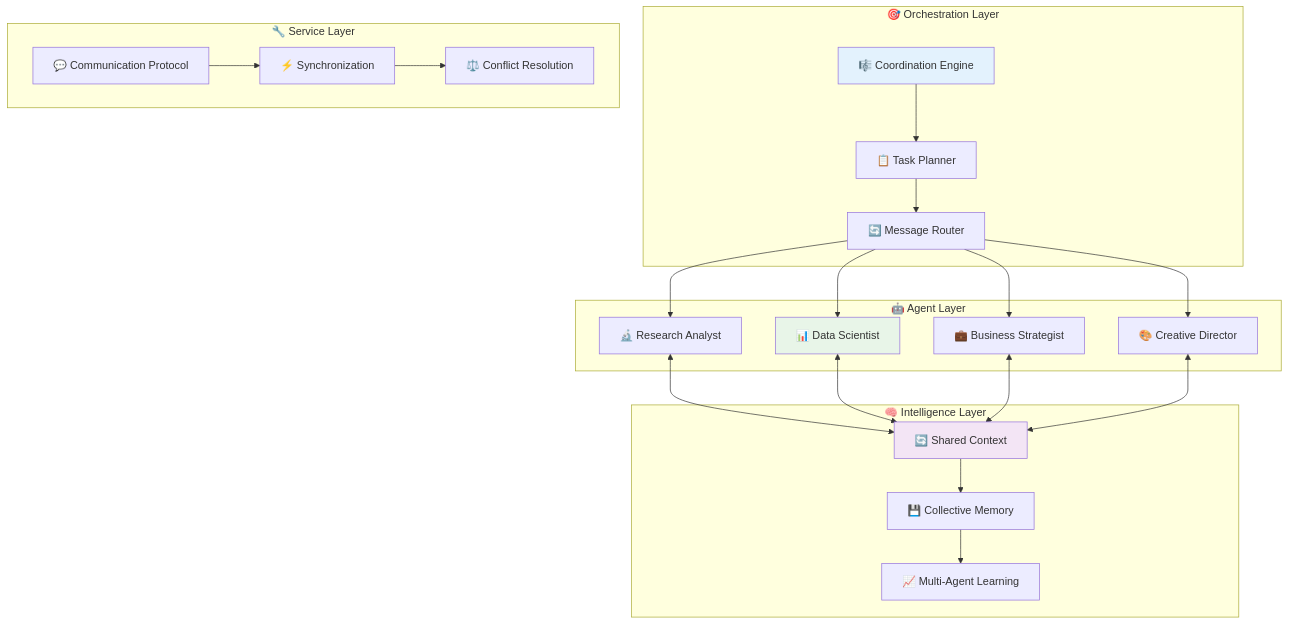
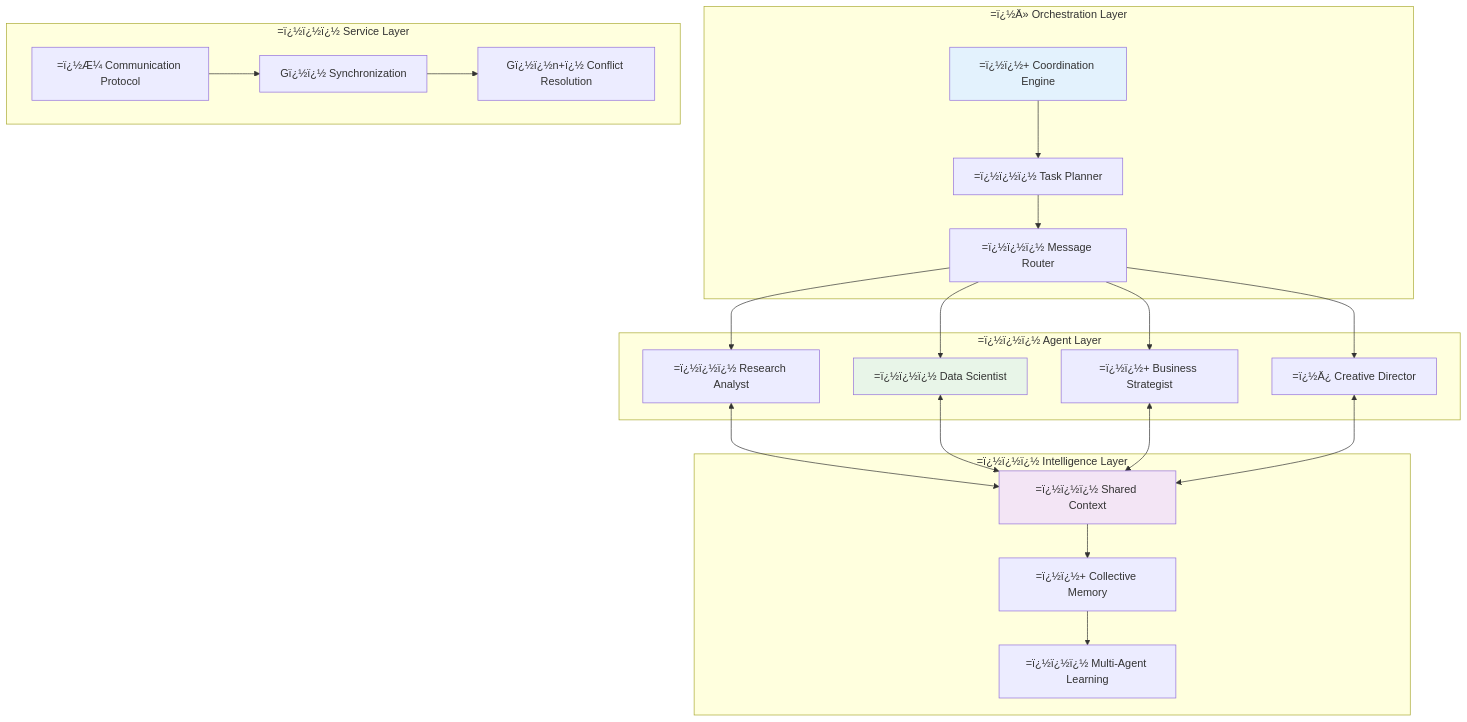
One commit to framersai/agentos-live-docs changed the seventh of 15 diagrams in packages/agentos/docs/ARCHITECTURE.md. Above: the diagram before and after it, drawn with Mermaid. The commit also changed other lines of this file and 47 other files, not shown here.

````diff
--- a/packages/agentos/docs/ARCHITECTURE.md
+++ b/packages/agentos/docs/ARCHITECTURE.md
@@ -994,49 +1002,49 @@
 ```mermaid
 graph TB
-    subgraph "🎯 Orchestration Layer"
-        COORD[🎼 Coordination Engine]
-        PLAN[📋 Task Planner]
-        ROUTE[🔄 Message Router]
+    subgraph "=ï¿½Ä» Orchestration Layer"
+        COORD[=ï¿½ï¿½+ Coordination Engine]
+        PLAN[=ï¿½ï¿½ï¿½ Task Planner]
+        ROUTE[=ï¿½ï¿½ï¿½ Message Router]
     end
     
-    subgraph "🤖 Agent Layer"
-        GMI1[🔬 Research Analyst]
-        GMI2[📊 Data Scientist]
-        GMI3[💼 Business Strategist]
-        GMI4[🎨 Creative Director]
+    subgraph "=ï¿½ï¿½ï¿½ Agent Layer"
+        GMI1[=ï¿½ï¿½ï¿½ Research Analyst]
+        GMI2[=ï¿½ï¿½ï¿½ Data Scientist]
+        GMI3[=ï¿½ï¿½+ Business Strategist]
+        GMI4[=ï¿½Ä¿ Creative Director]
     end
     
-    subgraph "🧠 Intelligence Layer"
-        CONTEXT[🔄 Shared Context]
-        MEMORY[💾 Collective Memory]
-        LEARN[📈 Multi-Agent Learning]
+    subgraph "=ï¿½ï¿½ï¿½ Intelligence Layer"
+        CONTEXT[=ï¿½ï¿½ï¿½ Shared Context]
+        MEMORY[=ï¿½ï¿½+ Collective Memory]
+        LEARN[=ï¿½ï¿½ï¿½ Multi-Agent Learning]
     end
     
-    subgraph "🔧 Service Layer"
-        COMM[💬 Communication Protocol]
-        SYNC[⚡ Synchronization]
-        CONFLICT[⚖️ Conflict Resolution]
+    subgraph "=ï¿½ï¿½ï¿½ Service Layer"
+        COMM[=ï¿½Æ¼ Communication Protocol]
+        SYNC[Gï¿½ï¿½ Synchronization]
+        CONFLICT[Gï¿½ï¿½n+ï¿½ Conflict Resolution]
     end
     
     COORD --> PLAN
     PLAN --> ROUTE
     ROUTE --> GMI1
     ROUTE --> GMI2
     ROUTE --> GMI3
     ROUTE --> GMI4
     
     GMI1 <--> CONTEXT
     GMI2 <--> CONTEXT
     GMI3 <--> CONTEXT
     GMI4 <--> CONTEXT
     
     CONTEXT --> MEMORY
     MEMORY --> LEARN
     
     COMM --> SYNC
     SYNC --> CONFLICT
     
     style COORD fill:#e3f2fd
     style CONTEXT fill:#f3e5f5
     style GMI2 fill:#e8f5e8
 ```
````
